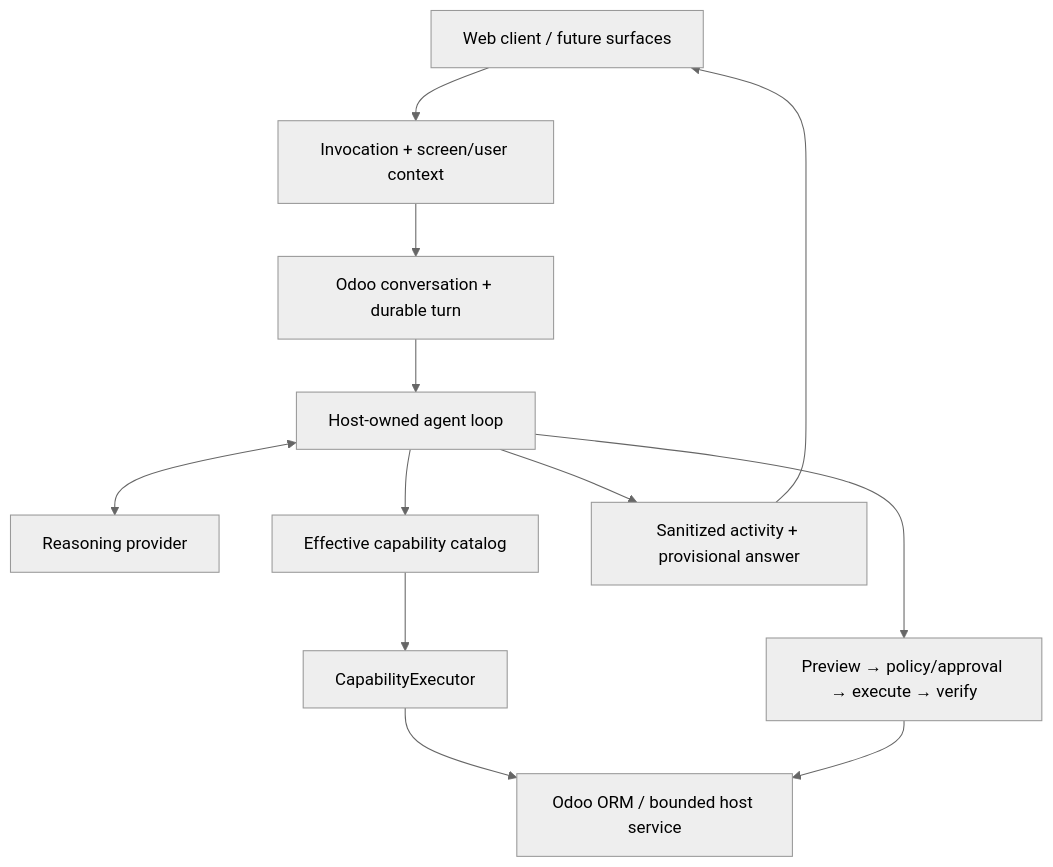
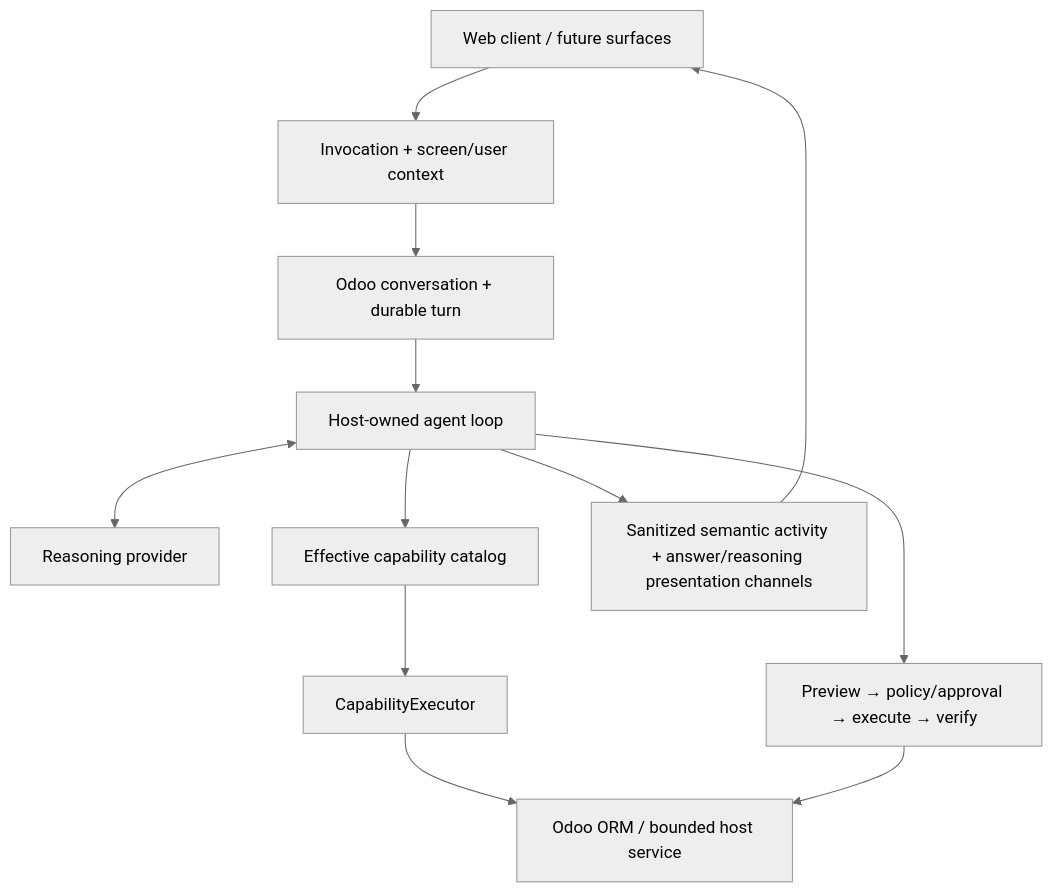
Before and after one commit to CPX-001/ai-odoo-assistant: the diagram in docs/README.md, drawn with Mermaid (neutral theme). The commit also changed other lines of this file, not shown here.

````diff
--- a/docs/README.md
+++ b/docs/README.md
@@ -31,14 +31,14 @@
 ```mermaid
 flowchart TB
     UI[Web client / future surfaces] --> INV[Invocation + screen/user context]
     INV --> TURN[Odoo conversation + durable turn]
     TURN --> HOST[Host-owned agent loop]
     HOST <--> MODEL[Reasoning provider]
     HOST --> CAT[Effective capability catalog]
     CAT --> EXEC[CapabilityExecutor]
     EXEC --> ORM[Odoo ORM / bounded host service]
-    HOST --> LIVE[Sanitized activity + provisional answer]
+    HOST --> LIVE[Sanitized semantic activity + answer/reasoning presentation channels]
     LIVE --> UI
     HOST --> EFFECT[Preview → policy/approval → execute → verify]
     EFFECT --> ORM
 ```
````
